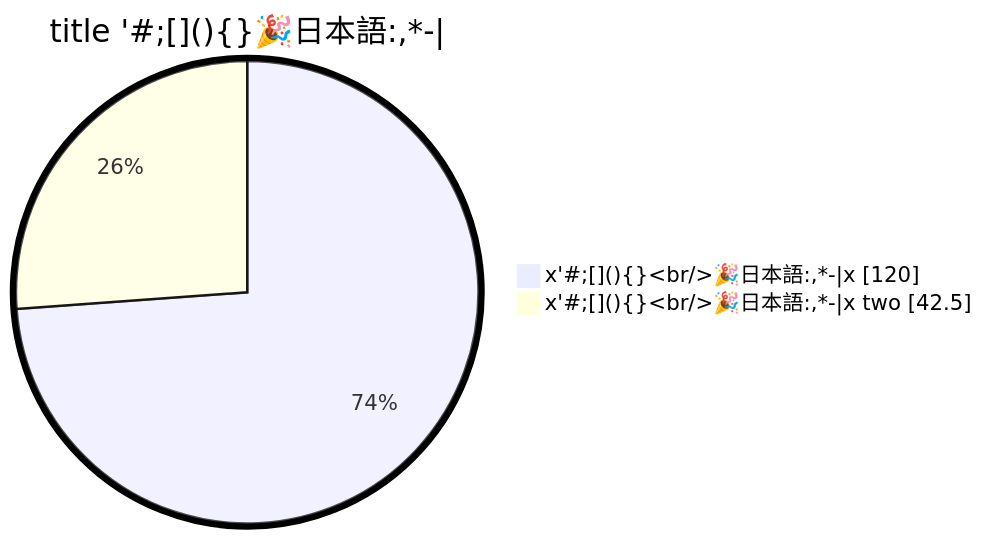
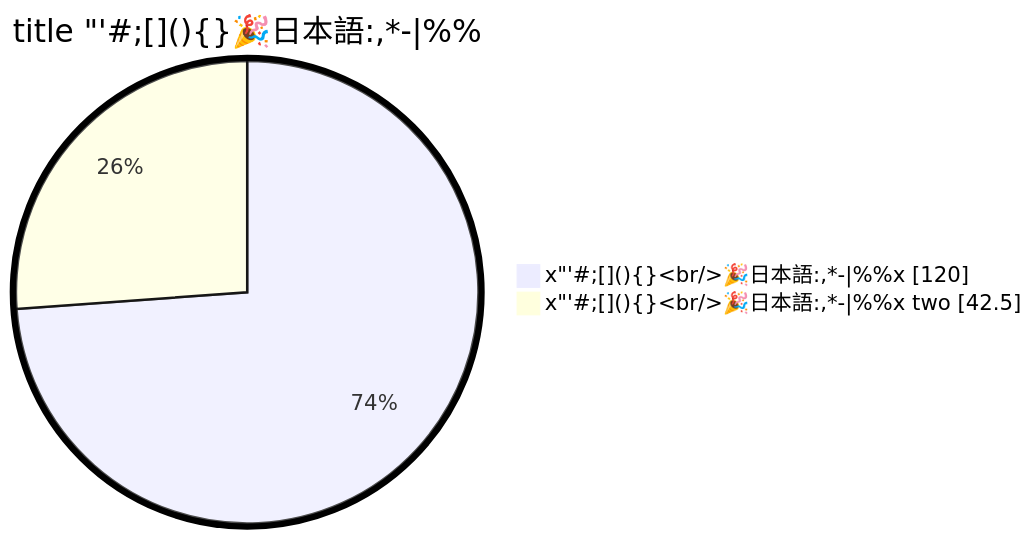
The diagram in doc/edgecase/piechart.md (nao1215/markdown), drawn with Mermaid before and after one commit. The commit also changed 7 other files, not shown here.

First line of the commit message:
fix(mermaid): escape the quote and the comment that break a pie chart (#159)

````diff
--- a/doc/edgecase/piechart.md
+++ b/doc/edgecase/piechart.md
@@ -5,7 +5,7 @@
 ```mermaid
 %%{init: {"pie": {"textPosition": 0.75}, "themeVariables": {"pieOuterStrokeWidth": "5px"}} }%%
 pie showData
-    title title '#;[](){}🎉日本語:,*-|
-    "x'#;[](){}<br/>🎉日本語:,*-|x" : 120
-    "x'#;[](){}<br/>🎉日本語:,*-|x two" : 42.500000
+    title title "'#;[](){}🎉日本語:,*-|#37;#37;
+    "x#quot;'#;[](){}<br/>🎉日本語:,*-|%%x" : 120
+    "x#quot;'#;[](){}<br/>🎉日本語:,*-|%%x two" : 42.500000
 ```
````
